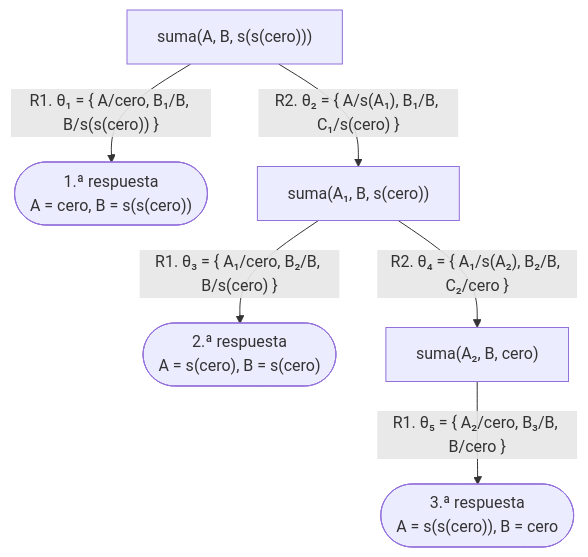
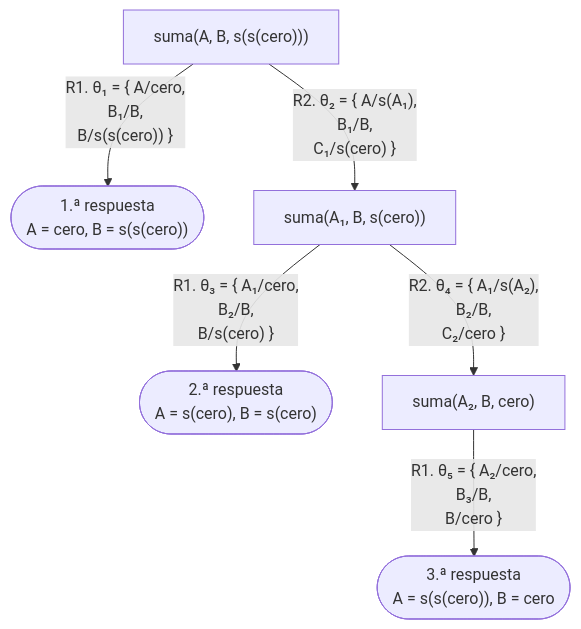
One commit to CesarBallardini/curso-de-prolog changed the fifth of 7 diagrams in docs/capitulo-06-recursion/soluciones.md. Above: the diagram before and after it, drawn with Mermaid. The commit also changed other lines of this file and 24 other files, not shown here.

First line of the commit message:
feat(docs): botones para ocultar las columnas laterales y etiquetas cortas en los diagramas

````diff
--- a/docs/capitulo-06-recursion/soluciones.md
+++ b/docs/capitulo-06-recursion/soluciones.md
@@ -366,8 +366,8 @@
 ```mermaid
 flowchart TD
-    A["suma(A, B, s(s(cero)))"] -- "R1. θ₁ = {&nbsp;A/cero, B₁/B, B/s(s(cero))&nbsp;}" --> S1(["1.ª respuesta<br/>A = cero, B = s(s(cero))"])
-    A -- "R2. θ₂ = {&nbsp;A/s(A₁), B₁/B, C₁/s(cero)&nbsp;}" --> B["suma(A₁, B, s(cero))"]
-    B -- "R1. θ₃ = {&nbsp;A₁/cero, B₂/B, B/s(cero)&nbsp;}" --> S2(["2.ª respuesta<br/>A = s(cero), B = s(cero)"])
-    B -- "R2. θ₄ = {&nbsp;A₁/s(A₂), B₂/B, C₂/cero&nbsp;}" --> C["suma(A₂, B, cero)"]
-    C -- "R1. θ₅ = {&nbsp;A₂/cero, B₃/B, B/cero&nbsp;}" --> S3(["3.ª respuesta<br/>A = s(s(cero)), B = cero"])
+    A["suma(A, B, s(s(cero)))"] -- "R1. θ₁ = {&nbsp;A/cero,<br/>B₁/B,<br/>B/s(s(cero))&nbsp;}" --> S1(["1.ª respuesta<br/>A = cero, B = s(s(cero))"])
+    A -- "R2. θ₂ = {&nbsp;A/s(A₁),<br/>B₁/B,<br/>C₁/s(cero)&nbsp;}" --> B["suma(A₁, B, s(cero))"]
+    B -- "R1. θ₃ = {&nbsp;A₁/cero,<br/>B₂/B,<br/>B/s(cero)&nbsp;}" --> S2(["2.ª respuesta<br/>A = s(cero), B = s(cero)"])
+    B -- "R2. θ₄ = {&nbsp;A₁/s(A₂),<br/>B₂/B,<br/>C₂/cero&nbsp;}" --> C["suma(A₂, B, cero)"]
+    C -- "R1. θ₅ = {&nbsp;A₂/cero,<br/>B₃/B,<br/>B/cero&nbsp;}" --> S3(["3.ª respuesta<br/>A = s(s(cero)), B = cero"])
 ```
````
